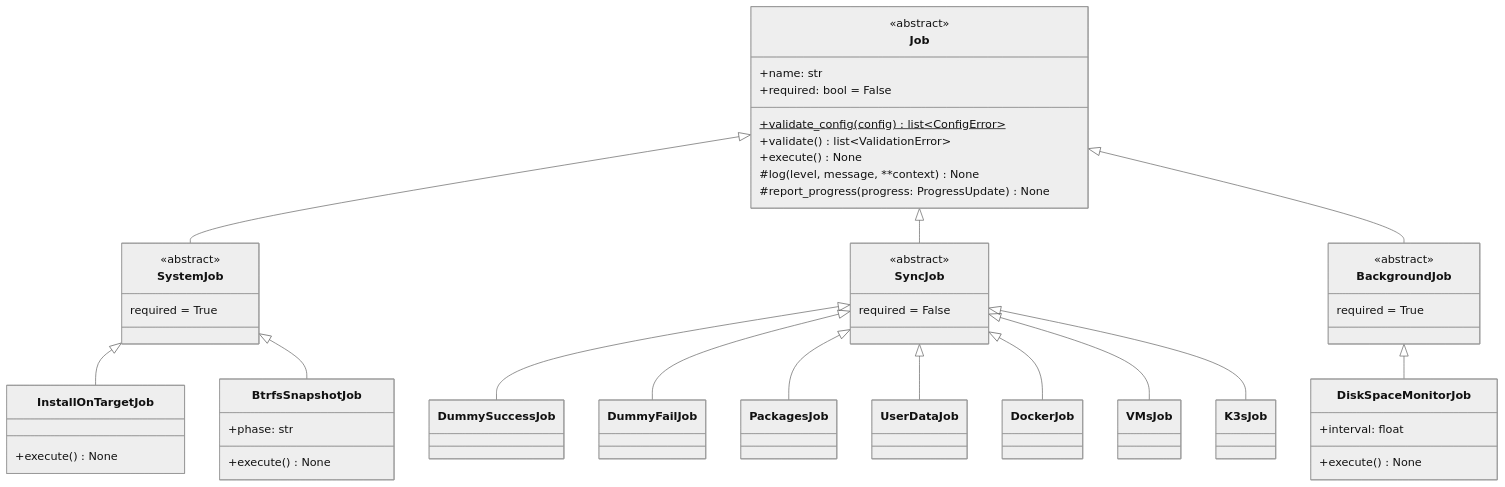
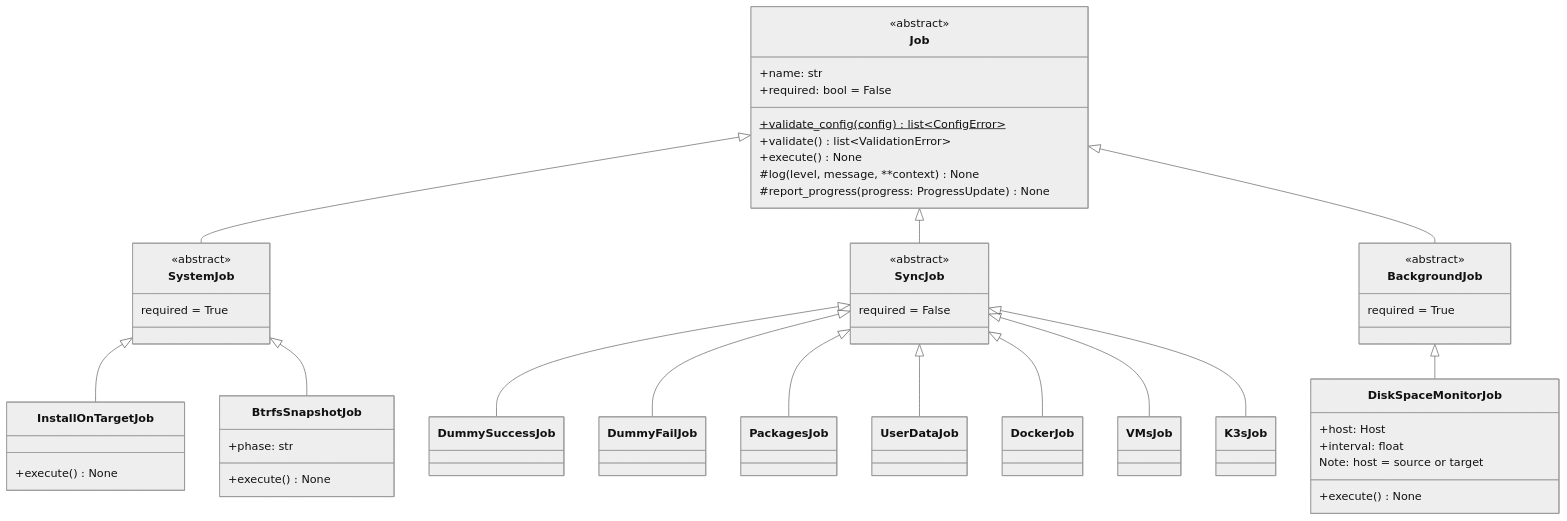
The second of 12 diagrams in specs/001-foundation/architecture-claude.md (flaksit/pc-switcher), drawn with Mermaid (neutral theme) before and after one commit. The commit also changed other lines of this file, not shown here.

````diff
--- a/specs/001-foundation/architecture-claude.md
+++ b/specs/001-foundation/architecture-claude.md
@@ -78,77 +78,79 @@
 ```mermaid
 classDiagram
     class Job {
         <<abstract>>
         +name: str
         +required: bool = False
         +validate_config(config)$ list~ConfigError~
         +validate() list~ValidationError~
         +execute() None
         #log(level, message, **context) None
         #report_progress(progress: ProgressUpdate) None
     }
 
     class SystemJob {
         <<abstract>>
         required = True
     }
 
     class SyncJob {
         <<abstract>>
         required = False
     }
 
     class BackgroundJob {
         <<abstract>>
         required = True
     }
 
     class InstallOnTargetJob {
         +execute() None
     }
 
     class BtrfsSnapshotJob {
         +phase: str
         +execute() None
     }
 
     class DummySuccessJob {
     }
 
     class DummyFailJob {
     }
 
     class PackagesJob {
     }
 
     class UserDataJob {
     }
 
     class DockerJob {
     }
 
     class VMsJob {
     }
 
     class K3sJob {
     }
 
     class DiskSpaceMonitorJob {
+        +host: Host
         +interval: float
         +execute() None
+        Note: host = source or target
     }
 
     Job <|-- SystemJob
     Job <|-- SyncJob
     Job <|-- BackgroundJob
     SystemJob <|-- InstallOnTargetJob
     SystemJob <|-- BtrfsSnapshotJob
     SyncJob <|-- DummySuccessJob
     SyncJob <|-- DummyFailJob
     SyncJob <|-- PackagesJob
     SyncJob <|-- UserDataJob
     SyncJob <|-- DockerJob
     SyncJob <|-- VMsJob
     SyncJob <|-- K3sJob
     BackgroundJob <|-- DiskSpaceMonitorJob
 ```
````
